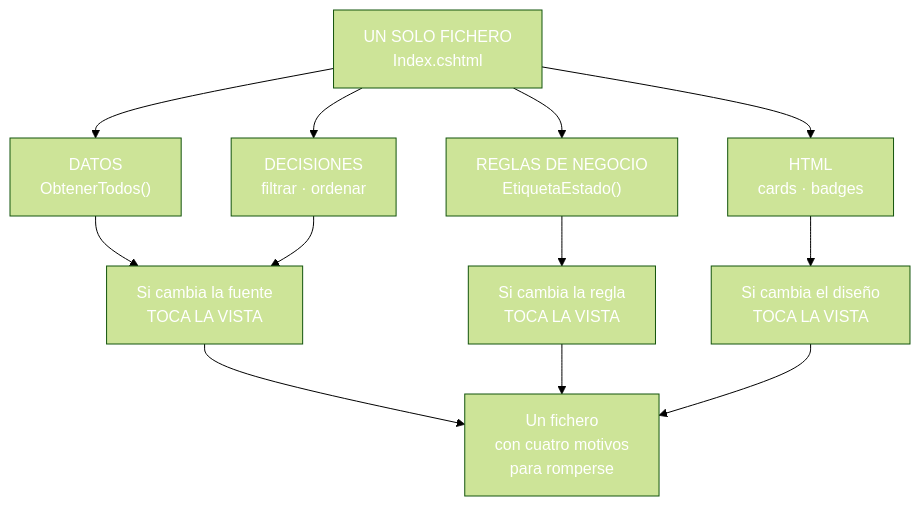
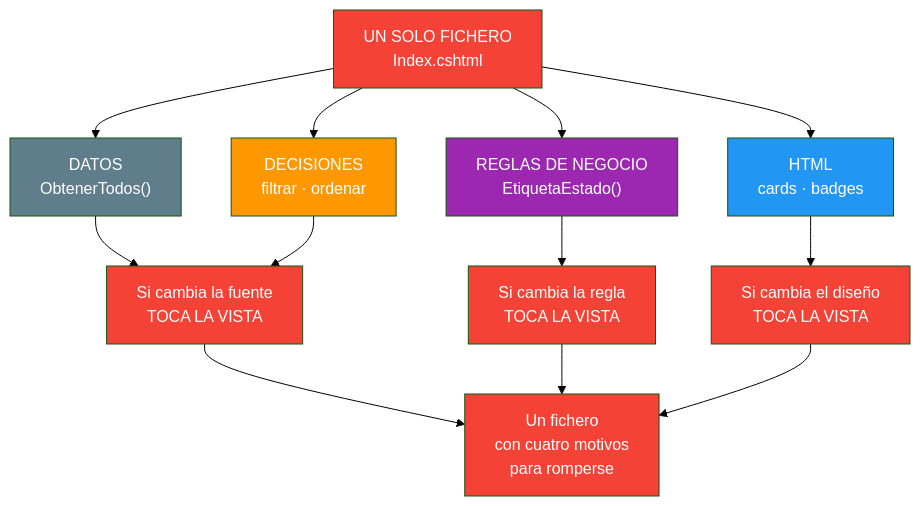
One commit to joseluisgs/DesarrolloWebEntornosServidor-03-2026-2027 changed the first of 5 diagrams in 07-mvc-arquitectura.md. Above: the diagram before and after it, drawn with Mermaid (forest theme). The commit also changed other lines of this file and 25 other files, not shown here.

Commit message:
docs: corregir los estilos Mermaid de los temas y alinear el dominio del tema 25 con ProductosApp

````diff
--- a/07-mvc-arquitectura.md
+++ b/07-mvc-arquitectura.md
@@ -85,25 +85,25 @@
 ```mermaid
 graph TD
     A["UN SOLO FICHERO<br/>Index.cshtml"] --> B["DATOS<br/>ObtenerTodos()"]
     A --> C["DECISIONES<br/>filtrar · ordenar"]
     A --> D["REGLAS DE NEGOCIO<br/>EtiquetaEstado()"]
     A --> E["HTML<br/>cards · badges"]
 
     B --> F["Si cambia la fuente<br/>TOCA LA VISTA"]
     C --> F
     D --> G["Si cambia la regla<br/>TOCA LA VISTA"]
     E --> H["Si cambia el diseño<br/>TOCA LA VISTA"]
     F --> I["Un fichero<br/>con cuatro motivos<br/>para romperse"]
     G --> I
     H --> I
 
-    style A fill:#f4433,color:#fff6,color:#fff
-    style B fill:#607D8,color:#fffB,color:#fff
-    style C fill:#FF980,color:#fff0,color:#fff
-    style D fill:#9C27B,color:#fff0,color:#fff
-    style E fill:#2196F,color:#fff3,color:#fff
-    style F fill:#f4433,color:#fff6,color:#fff
-    style G fill:#f4433,color:#fff6,color:#fff
-    style H fill:#f4433,color:#fff6,color:#fff
-    style I fill:#f4433,color:#fff6,color:#fff
+    style A fill:#f44336,color:#fff
+    style B fill:#607D8B,color:#fff
+    style C fill:#FF9800,color:#fff
+    style D fill:#9C27B0,color:#fff
+    style E fill:#2196F3,color:#fff
+    style F fill:#f44336,color:#fff
+    style G fill:#f44336,color:#fff
+    style H fill:#f44336,color:#fff
+    style I fill:#f44336,color:#fff
 ```
````
